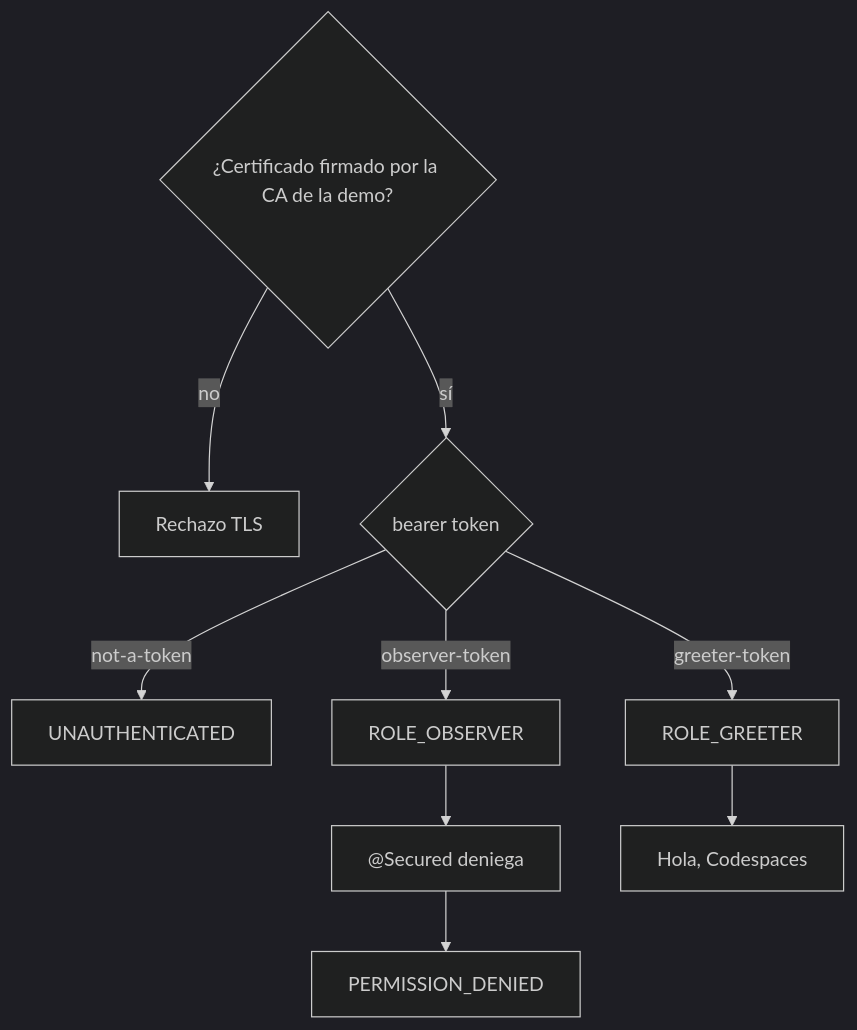
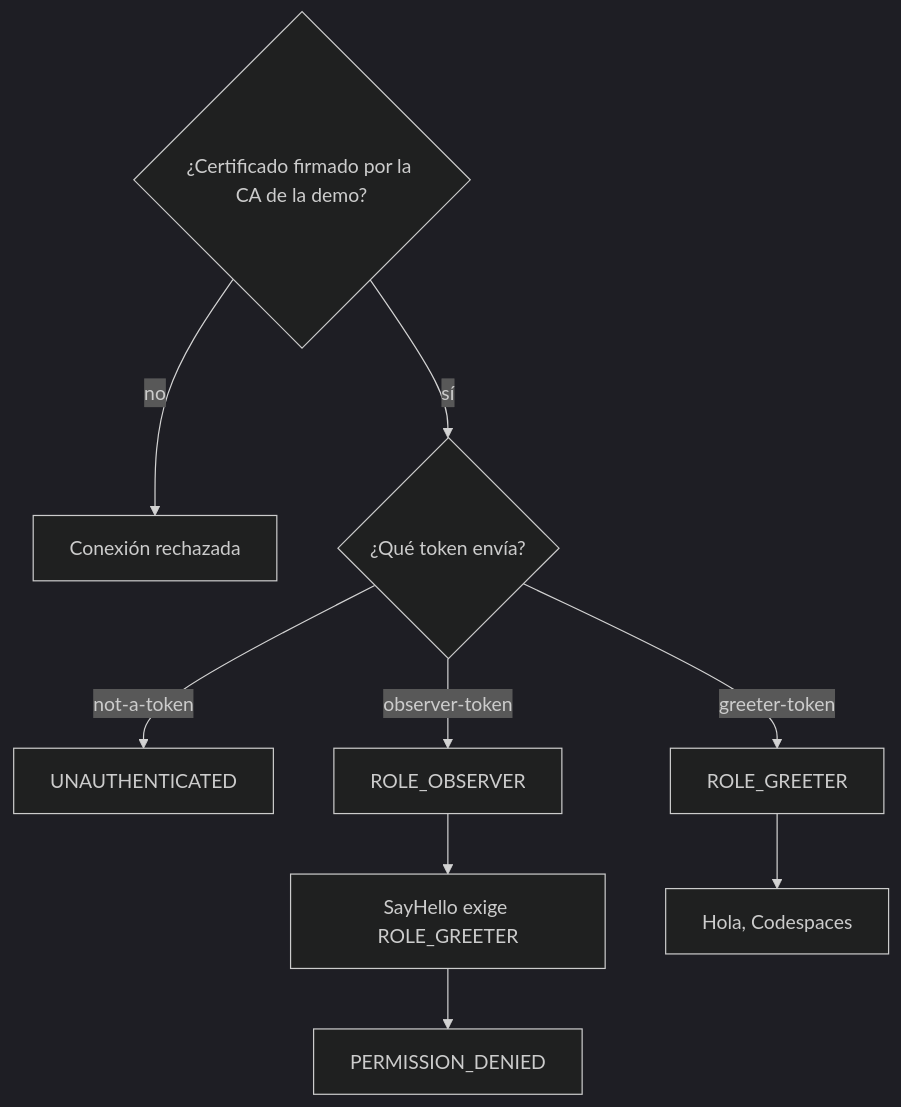
One commit to IAAA-Lab/grpc-mtls-auth changed the second of 2 diagrams in README.md. Above: the diagram before and after it, drawn with Mermaid (dark theme). The commit also changed other lines of this file and 1 other file, not shown here.

````diff
--- a/README.md
+++ b/README.md
@@ -90,12 +141,12 @@
 ```mermaid
 flowchart TD
     cert{¿Certificado firmado por la CA de la demo?}
-    cert -->|no| handshake[Rechazo TLS]
-    cert -->|sí| token{bearer token}
+    cert -->|no| handshake[Conexión rechazada]
+    cert -->|sí| token{¿Qué token envía?}
     token -->|not-a-token| unauth[UNAUTHENTICATED]
     token -->|observer-token| observer[ROLE_OBSERVER]
     token -->|greeter-token| greeter[ROLE_GREETER]
-    observer --> denied["@Secured deniega"]
+    observer --> denied["SayHello exige ROLE_GREETER"]
     denied --> forbidden[PERMISSION_DENIED]
     greeter --> ok["Hola, Codespaces"]
 ```
````
